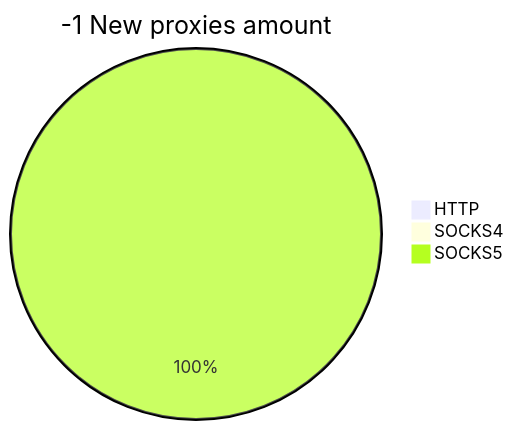
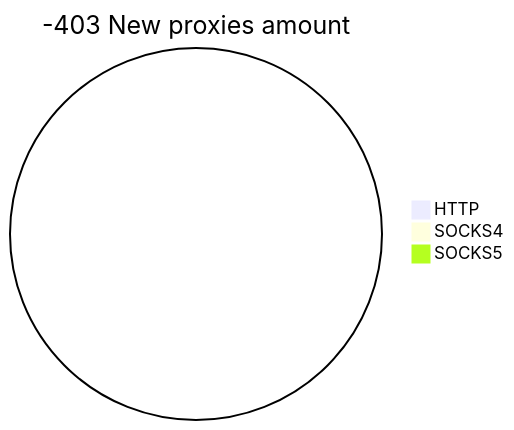
Before and after one commit to cutipu/proxylist: the second of 2 diagrams in README.md, drawn with Mermaid. The commit also changed other lines of this file, not shown here.

````diff
--- a/README.md
+++ b/README.md
@@ -10,6 +10,6 @@
 ```mermaid
-pie title -1 New proxies amount
+pie title -403 New proxies amount
     "HTTP" : 0
     "SOCKS4" : 0
-    "SOCKS5" : 2
+    "SOCKS5" : 0
 ```
````
